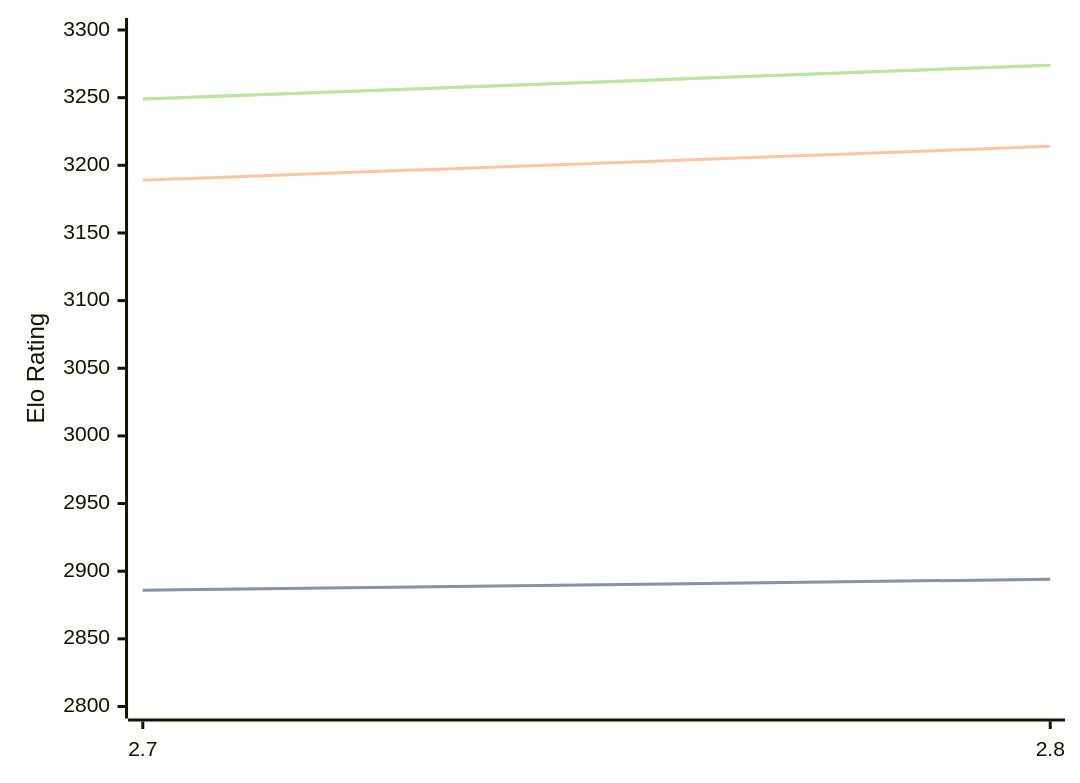
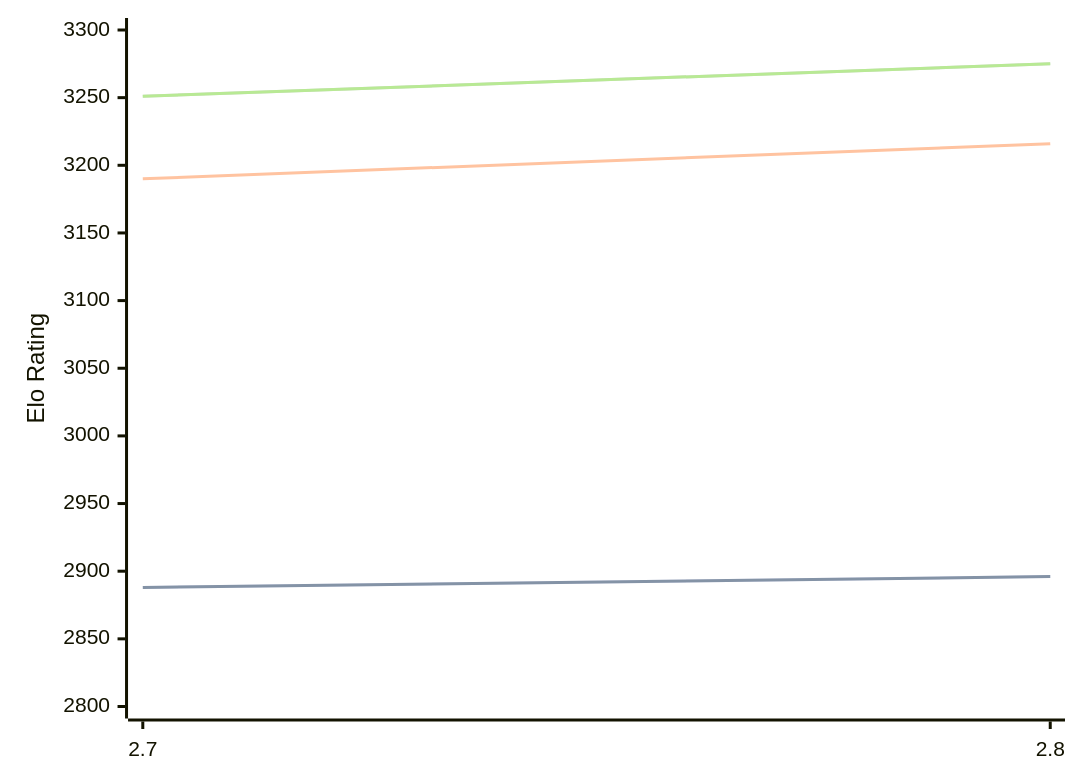
One commit to computer-chess-index/cci changed the diagram in engines/Arcanum.md. Above: the diagram before and after it, drawn with Mermaid. The commit also changed other lines of this file, not shown here.

Commit message:
Update CCI Ratings (ELO VLTC) - 2026-08-15

````diff
--- a/engines/Arcanum.md
+++ b/engines/Arcanum.md
@@ -32,11 +32,11 @@
 ```mermaid
 %%{init: {"theme":"base","themeVariables":{"seriesColors:['#a3a3a3','#222221','#faa371']}}}%%
 xychart-beta
   x-axis ["2.7", "2.8"]
   y-axis "Elo Rating" 2800 --> 3300
-  line "STC (8.0+0.08s)" [2886, 2894]
-  line "STC (8.0+0.08s)" [2886, 2894]
-  line "LTC (60.0+0.60s)" [3189, 3214]
-  line "VLTC (2m24s+1.12s)" [3249, 3274]
-  line "VLTC (2m24s+1.12s)" [3249, 3274]
+  line "STC (8.0+0.08s)" [2888, 2896]
+  line "STC (8.0+0.08s)" [2888, 2896]
+  line "LTC (60.0+0.60s)" [3190, 3216]
+  line "VLTC (2m24s+1.12s)" [3251, 3275]
+  line "VLTC (2m24s+1.12s)" [3251, 3275]
 ```
````
